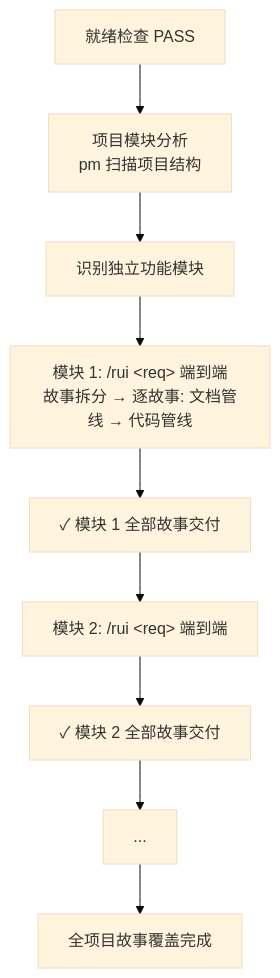
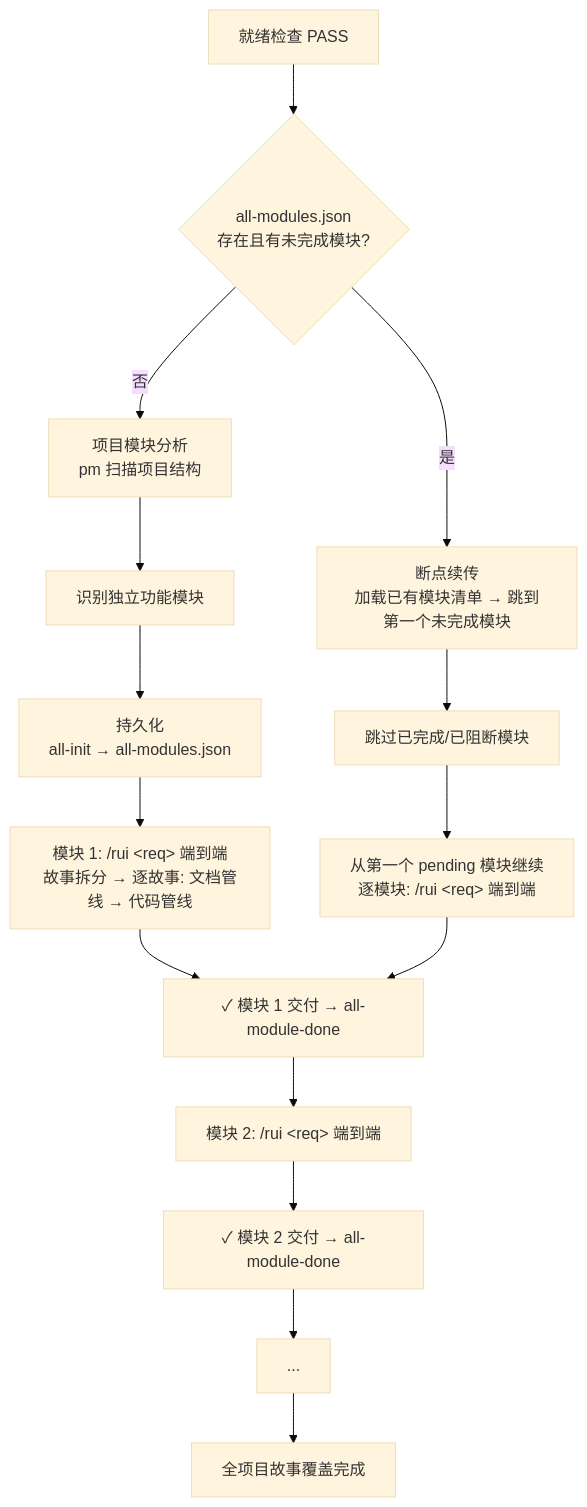
Before and after one commit to effiy/YrY: the third of 13 diagrams in skills/rui/SKILL.md, drawn with Mermaid (base theme). The commit also changed other lines of this file and 1 other file, not shown here.

````diff
--- a/skills/rui/SKILL.md
+++ b/skills/rui/SKILL.md
@@ -144,11 +151,17 @@
 ```mermaid
 flowchart TD
-    READY["就绪检查 PASS"] --> SCAN["项目模块分析<br/>pm 扫描项目结构"]
+    READY["就绪检查 PASS"] --> RESUME_CHECK{"all-modules.json<br/>存在且有未完成模块?"}
+    RESUME_CHECK -->|是| RESUME["断点续传<br/>加载已有模块清单 → 跳到第一个未完成模块"]
+    RESUME_CHECK -->|否| SCAN["项目模块分析<br/>pm 扫描项目结构"]
     SCAN --> IDENTIFY["识别独立功能模块"]
-    IDENTIFY --> M1["模块 1: /rui &lt;req&gt; 端到端<br/>故事拆分 → 逐故事: 文档管线 → 代码管线"]
-    M1 --> D1["✓ 模块 1 全部故事交付"]
+    IDENTIFY --> PERSIST["持久化<br/>all-init → all-modules.json"]
+    PERSIST --> M1["模块 1: /rui &lt;req&gt; 端到端<br/>故事拆分 → 逐故事: 文档管线 → 代码管线"]
+    RESUME --> SKIP_DONE["跳过已完成/已阻断模块"]
+    SKIP_DONE --> M1_NEXT["从第一个 pending 模块继续<br/>逐模块: /rui &lt;req&gt; 端到端"]
+    M1 --> D1["✓ 模块 1 交付 → all-module-done"]
     D1 --> M2["模块 2: /rui &lt;req&gt; 端到端"]
-    M2 --> D2["✓ 模块 2 全部故事交付"]
+    M2 --> D2["✓ 模块 2 交付 → all-module-done"]
     D2 --> MN["..."]
     MN --> DONE["全项目故事覆盖完成"]
+    M1_NEXT --> D1
 ```
````
